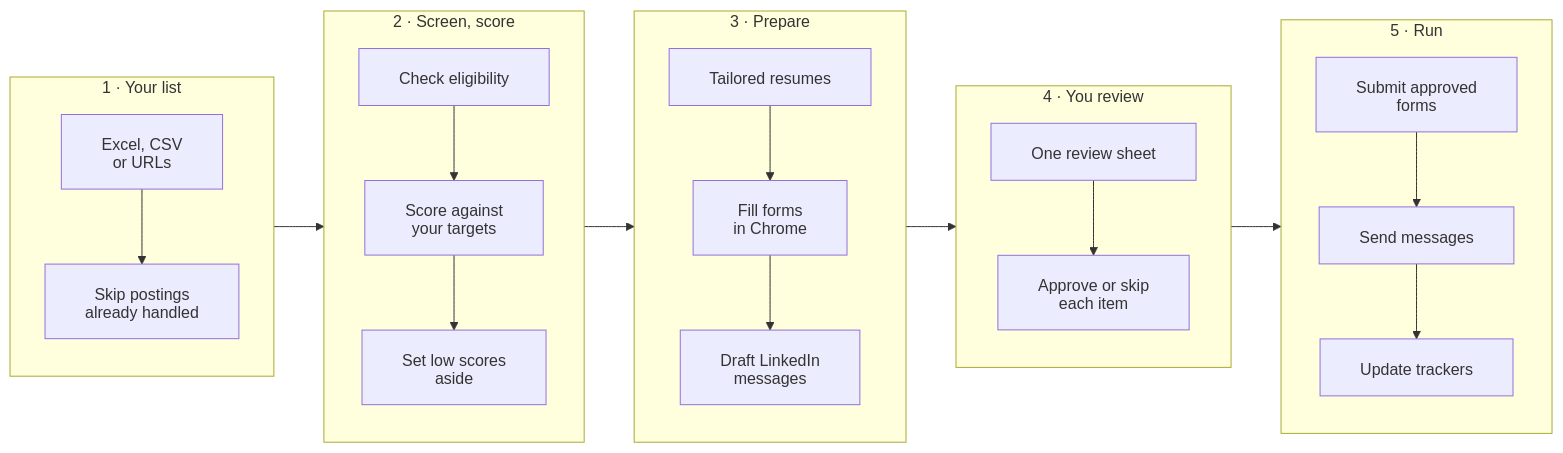
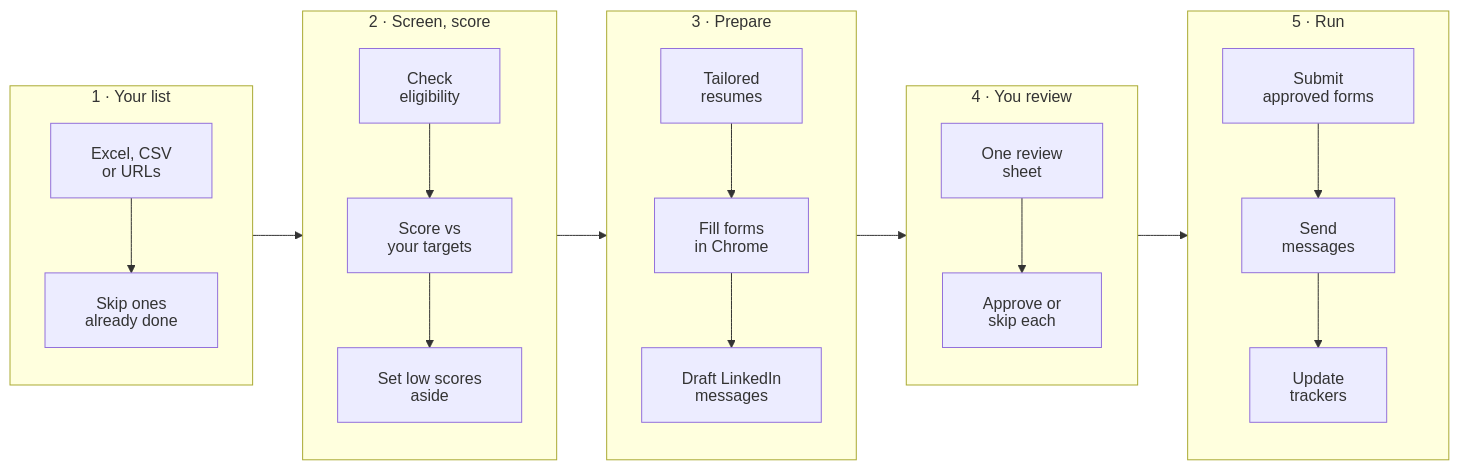
One commit to alymo8/jobapps changed the second of 3 diagrams in README.md. Above: the diagram before and after it, drawn with Mermaid. The commit also changed other lines of this file, not shown here.

Commit message:
README diagrams: short label lines so GitHub doesn't re-wrap them

````diff
--- a/README.md
+++ b/README.md
@@ -40,25 +40,25 @@
 ```mermaid
-%%{init: {"htmlLabels": false, "flowchart": {"htmlLabels": false, "padding": 20, "wrappingWidth": 400}}}%%
+%%{init: {"htmlLabels": false, "flowchart": {"htmlLabels": false, "padding": 20}}}%%
 flowchart LR
     subgraph S1["1 · Your list"]
         direction TB
-        S10["Excel, CSV<br/>or URLs"] --> S11["Skip postings<br/>already handled"]
+        S10["Excel, CSV<br/>or URLs"] --> S11["Skip ones<br/>already done"]
     end
     subgraph S2["2 · Screen, score"]
         direction TB
-        S20["Check eligibility"] --> S21["Score against<br/>your targets"] --> S22["Set low scores<br/>aside"]
+        S20["Check<br/>eligibility"] --> S21["Score vs<br/>your targets"] --> S22["Set low scores<br/>aside"]
     end
     subgraph S3["3 · Prepare"]
         direction TB
-        S30["Tailored resumes"] --> S31["Fill forms<br/>in Chrome"] --> S32["Draft LinkedIn<br/>messages"]
+        S30["Tailored<br/>resumes"] --> S31["Fill forms<br/>in Chrome"] --> S32["Draft LinkedIn<br/>messages"]
     end
     subgraph S4["4 · You review"]
         direction TB
-        S40["One review sheet"] --> S41["Approve or skip<br/>each item"]
+        S40["One review<br/>sheet"] --> S41["Approve or<br/>skip each"]
     end
     subgraph S5["5 · Run"]
         direction TB
-        S50["Submit approved<br/>forms"] --> S51["Send messages"] --> S52["Update trackers"]
+        S50["Submit<br/>approved forms"] --> S51["Send<br/>messages"] --> S52["Update<br/>trackers"]
     end
     S1 --> S2 --> S3 --> S4 --> S5
 ```
````
